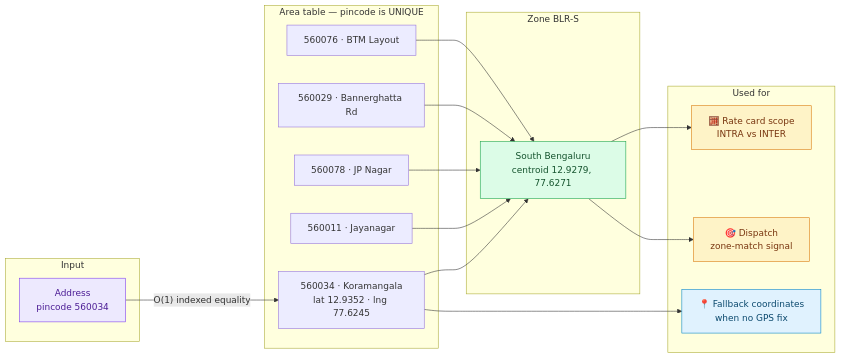
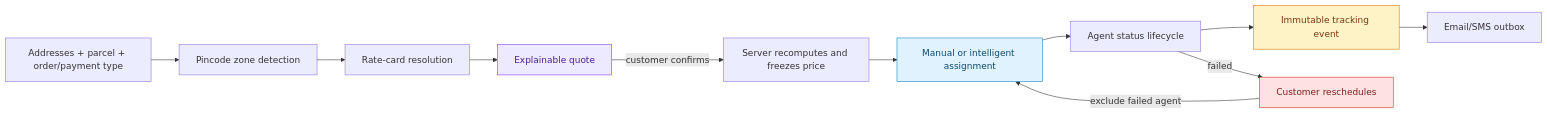
The first of 3 diagrams in README.md (Shanmuk4622/Unthinkable-LastMile-Delivery-Track-assignment), drawn with Mermaid before and after one commit. The commit also changed other lines of this file and 11 other files, not shown here.

````diff
--- a/README.md
+++ b/README.md
@@ -399,35 +110,18 @@
 ```mermaid
-graph LR
-    subgraph Input
-      A["Address<br/>pincode 560034"]
-    end
+flowchart LR
+    A[Addresses + parcel + order/payment type] --> B[Pincode zone detection]
+    B --> C[Rate-card resolution]
+    C --> D[Explainable quote]
+    D -->|customer confirms| E[Server recomputes and freezes price]
+    E --> F[Manual or intelligent assignment]
+    F --> G[Agent status lifecycle]
+    G --> H[Immutable tracking event]
+    H --> I[Email/SMS outbox]
+    G -->|failed| J[Customer reschedules]
+    J -->|exclude failed agent| F
 
-    subgraph Lookup["Area table — pincode is UNIQUE"]
-      B["560034 · Koramangala<br/>lat 12.9352 · lng 77.6245"]
-      B2["560011 · Jayanagar"]
-      B3["560078 · JP Nagar"]
-      B4["560029 · Bannerghatta Rd"]
-      B5["560076 · BTM Layout"]
-    end
-
-    subgraph Zone["Zone BLR-S"]
-      C["South Bengaluru<br/>centroid 12.9279, 77.6271"]
-    end
-
-    subgraph Out["Used for"]
-      D["🧮 Rate card scope<br/>INTRA vs INTER"]
-      E["🎯 Dispatch<br/>zone-match signal"]
-      F["📍 Fallback coordinates<br/>when no GPS fix"]
-    end
-
-    A -->|"O(1) indexed equality"| B
-    B & B2 & B3 & B4 & B5 --> C
-    C --> D & E
-    B --> F
-
-    style A fill:#ede9fe,stroke:#7c3aed,color:#4c1d95
-    style C fill:#dcfce7,stroke:#16a34a,color:#14532d
-    style D fill:#fef3c7,stroke:#d97706,color:#78350f
-    style E fill:#fef3c7,stroke:#d97706,color:#78350f
+    style D fill:#ede9fe,stroke:#7c3aed,color:#4c1d95
     style F fill:#e0f2fe,stroke:#0284c7,color:#0c4a6e
+    style H fill:#fef3c7,stroke:#d97706,color:#78350f
+    style J fill:#fee2e2,stroke:#dc2626,color:#7f1d1d
 ```
````
